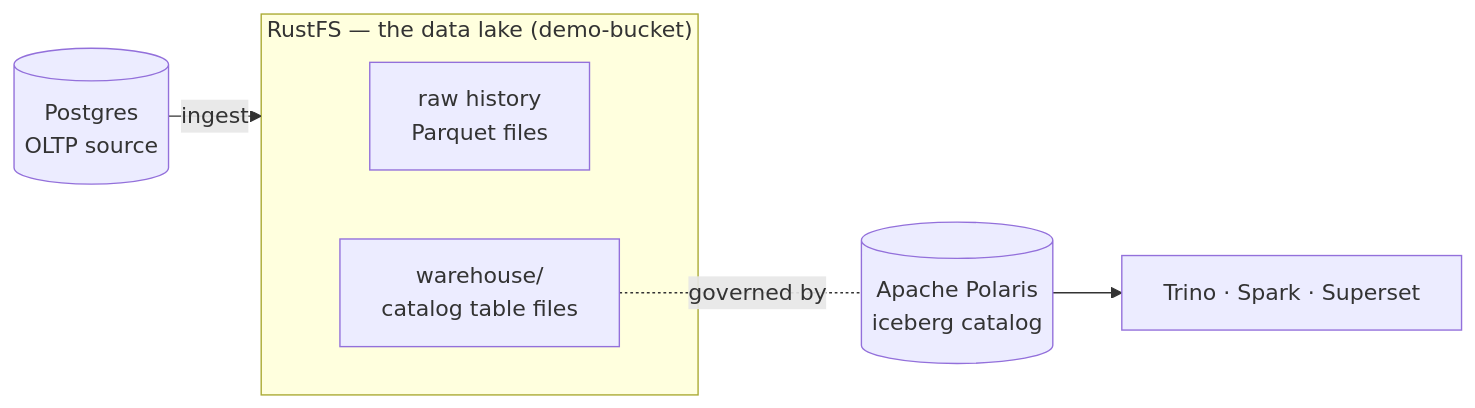
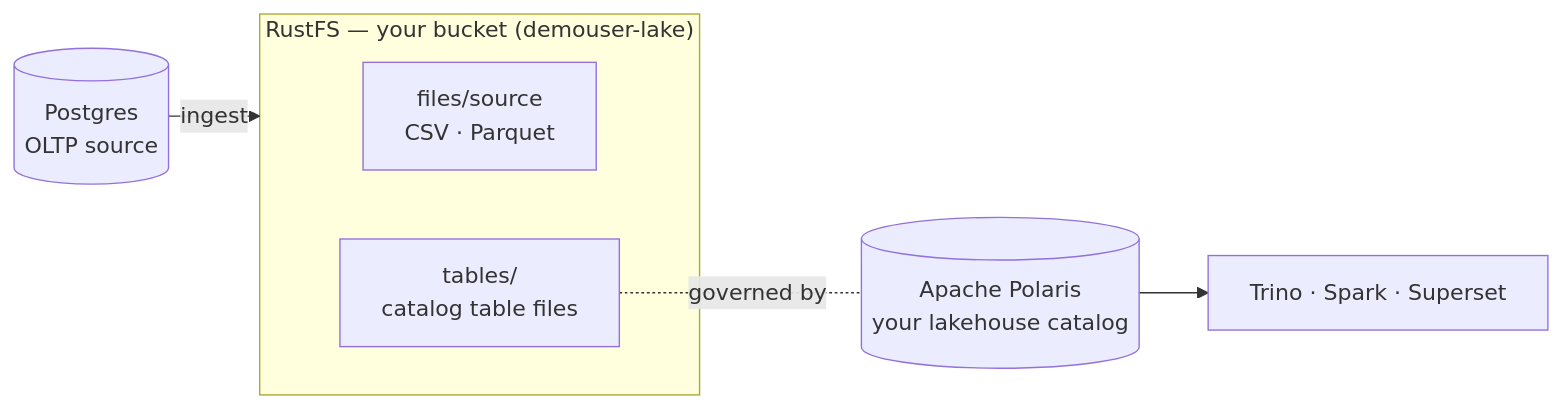
Before and after one commit to maarthala/databrick-local-simulator: the diagram in training/docs/unit0/data-inventory.md, drawn with Mermaid. The commit also changed other lines of this file, not shown here.

Commit message:
docs(0.8): data in the stack — your bucket (files/ + tables/), your lakehouse vs the course lake

````diff
--- a/training/docs/unit0/data-inventory.md
+++ b/training/docs/unit0/data-inventory.md
@@ -6,10 +6,10 @@
 ```mermaid
 flowchart LR
   PG[(Postgres<br/>OLTP source)] -->|ingest| LAKE
-  subgraph LAKE["RustFS — the data lake (demo-bucket)"]
-    RAW[raw history<br/>Parquet files]
-    ICE[warehouse/<br/>catalog table files]
+  subgraph LAKE["RustFS — your bucket (demouser-lake)"]
+    RAW[files/source<br/>CSV · Parquet]
+    ICE[tables/<br/>catalog table files]
   end
-  ICE -. governed by .- POL[(Apache Polaris<br/>iceberg catalog)]
+  ICE -. governed by .- POL[(Apache Polaris<br/>your lakehouse catalog)]
   POL --> ENG[Trino · Spark · Superset]
 ```
````
